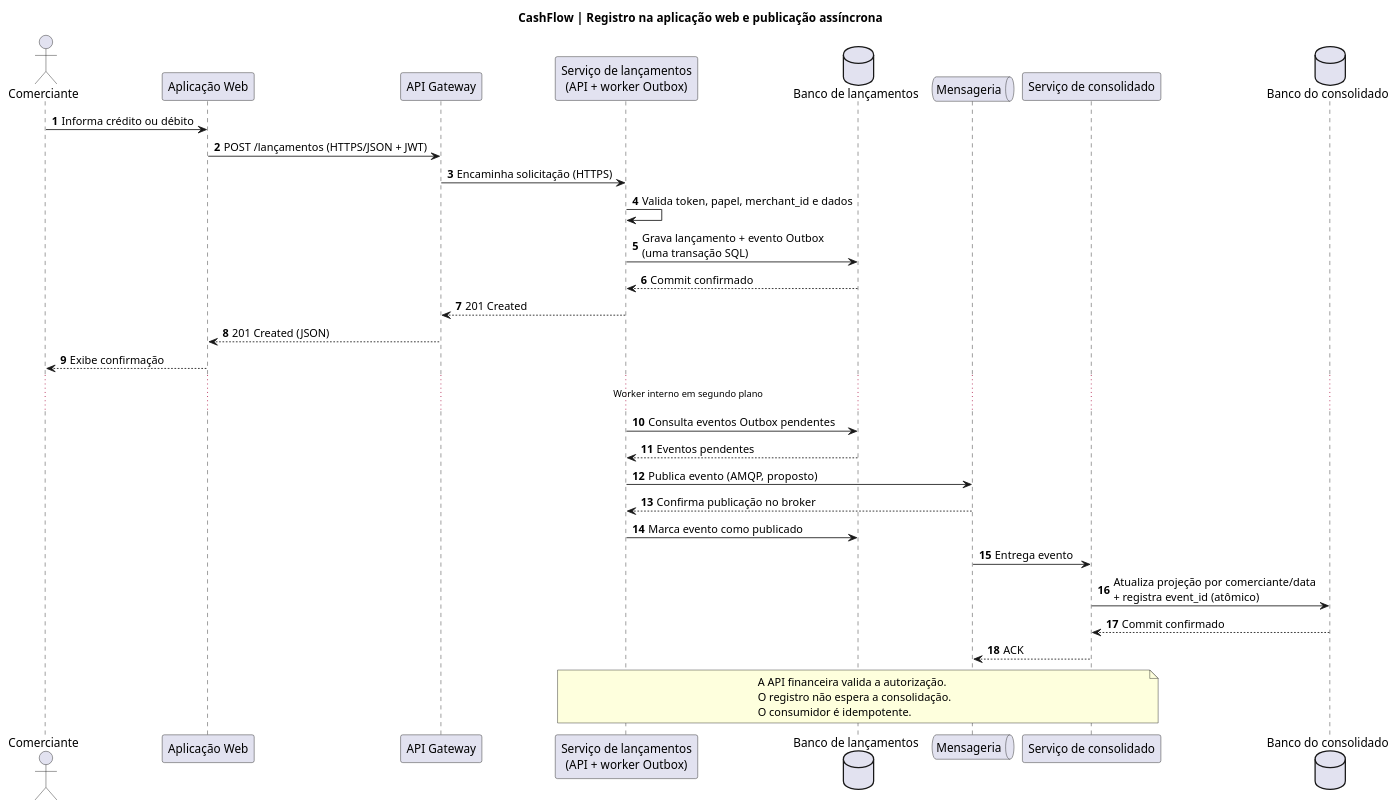
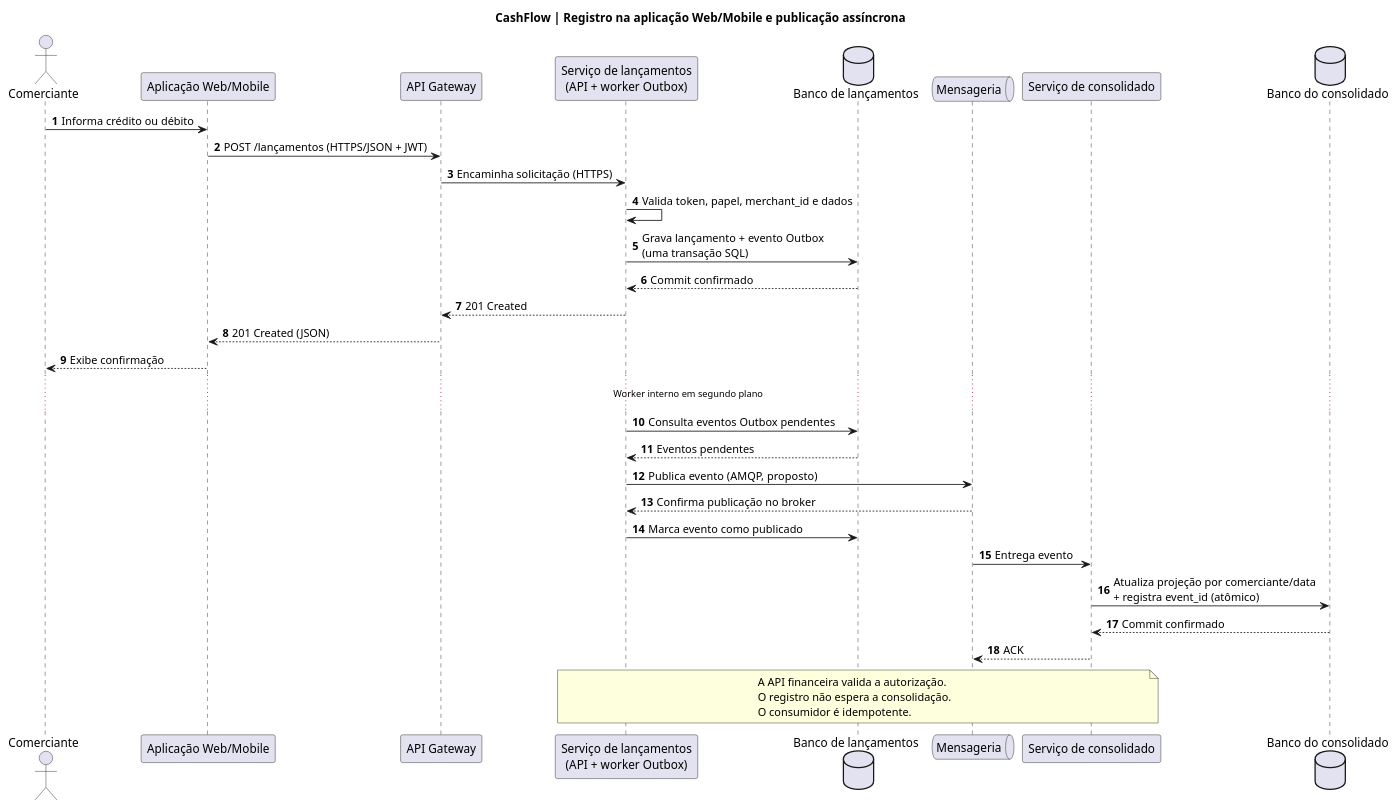
One commit to wolwerr/CashFlow-Architecture changed the diagram in docs/architecture/plantuml/sequence-register.puml. Above: the diagram before and after it, drawn with PlantUML.

Commit message:
docs: label client channel as Web/Mobile in C4 and sequences (#6)

```diff
--- a/docs/architecture/plantuml/sequence-register.puml
+++ b/docs/architecture/plantuml/sequence-register.puml
@@ -1,36 +1,36 @@
 @startuml CashFlow_Register
-title CashFlow | Registro na aplicação web e publicação assíncrona
+title CashFlow | Registro na aplicação Web/Mobile e publicação assíncrona
 autonumber
 actor Comerciante
-participant "Aplicação Web" as W
+participant "Aplicação Web/Mobile" as W
 participant "API Gateway" as G
 participant "Serviço de lançamentos\n(API + worker Outbox)" as L
 database "Banco de lançamentos" as BL
 queue "Mensageria" as M
 participant "Serviço de consolidado" as C
 database "Banco do consolidado" as BC
 Comerciante -> W: Informa crédito ou débito
 W -> G: POST /lançamentos (HTTPS/JSON + JWT)
 G -> L: Encaminha solicitação (HTTPS)
 L -> L: Valida token, papel, merchant_id e dados
 L -> BL: Grava lançamento + evento Outbox\n(uma transação SQL)
 BL --> L: Commit confirmado
 L --> G: 201 Created
 G --> W: 201 Created (JSON)
 W --> Comerciante: Exibe confirmação
 ... Worker interno em segundo plano ...
 L -> BL: Consulta eventos Outbox pendentes
 BL --> L: Eventos pendentes
 L -> M: Publica evento (AMQP, proposto)
 M --> L: Confirma publicação no broker
 L -> BL: Marca evento como publicado
 M -> C: Entrega evento
 C -> BC: Atualiza projeção por comerciante/data\n+ registra event_id (atômico)
 BC --> C: Commit confirmado
 C --> M: ACK
 note over L,C
 A API financeira valida a autorização.
 O registro não espera a consolidação.
 O consumidor é idempotente.
 end note
 @enduml
```
